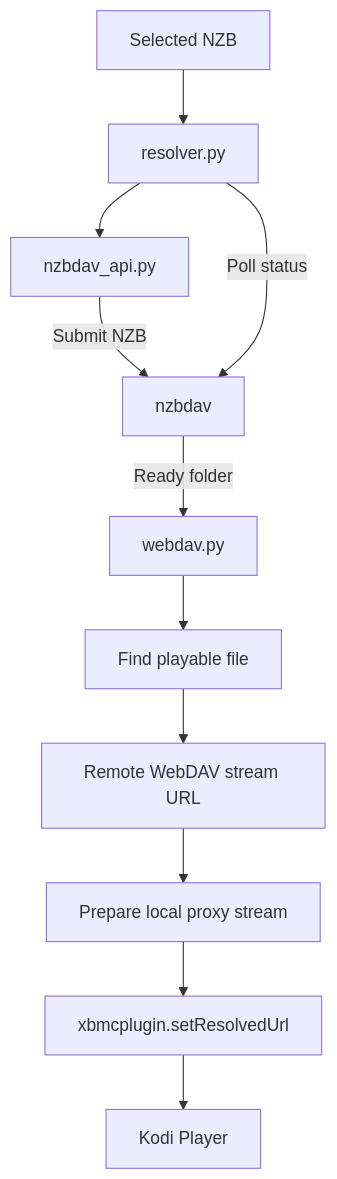
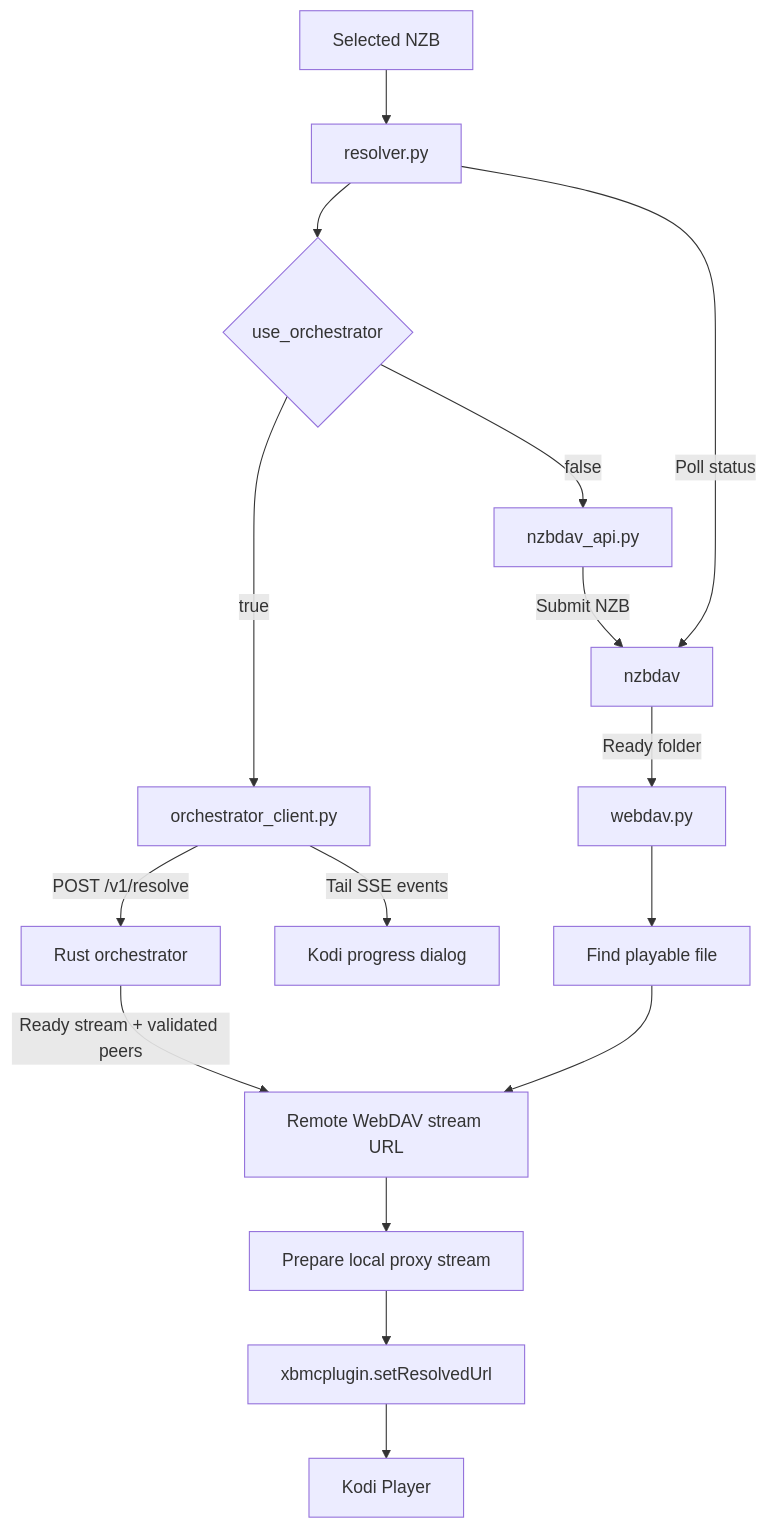
Before and after one commit to Appz4Fun/nzbdavkodi: the second of 3 diagrams in docs/architecture.md, drawn with Mermaid. The commit also changed other lines of this file and 4 other files, not shown here.

````diff
--- a/docs/architecture.md
+++ b/docs/architecture.md
@@ -32,13 +59,18 @@
 ```mermaid
 flowchart TD
     A[Selected NZB] --> B[resolver.py]
-    B --> C[nzbdav_api.py]
+    B --> O{use_orchestrator}
+    O -->|true| P[orchestrator_client.py]
+    P -->|POST /v1/resolve| R[Rust orchestrator]
+    P -->|Tail SSE events| S[Kodi progress dialog]
+    R -->|Ready stream + validated peers| G[Remote WebDAV stream URL]
+    O -->|false| C[nzbdav_api.py]
     C -->|Submit NZB| D[nzbdav]
     B -->|Poll status| D
     D -->|Ready folder| E[webdav.py]
     E --> F[Find playable file]
     F --> G[Remote WebDAV stream URL]
     G --> H[Prepare local proxy stream]
     H --> I[xbmcplugin.setResolvedUrl]
     I --> J[Kodi Player]
 ```
````
